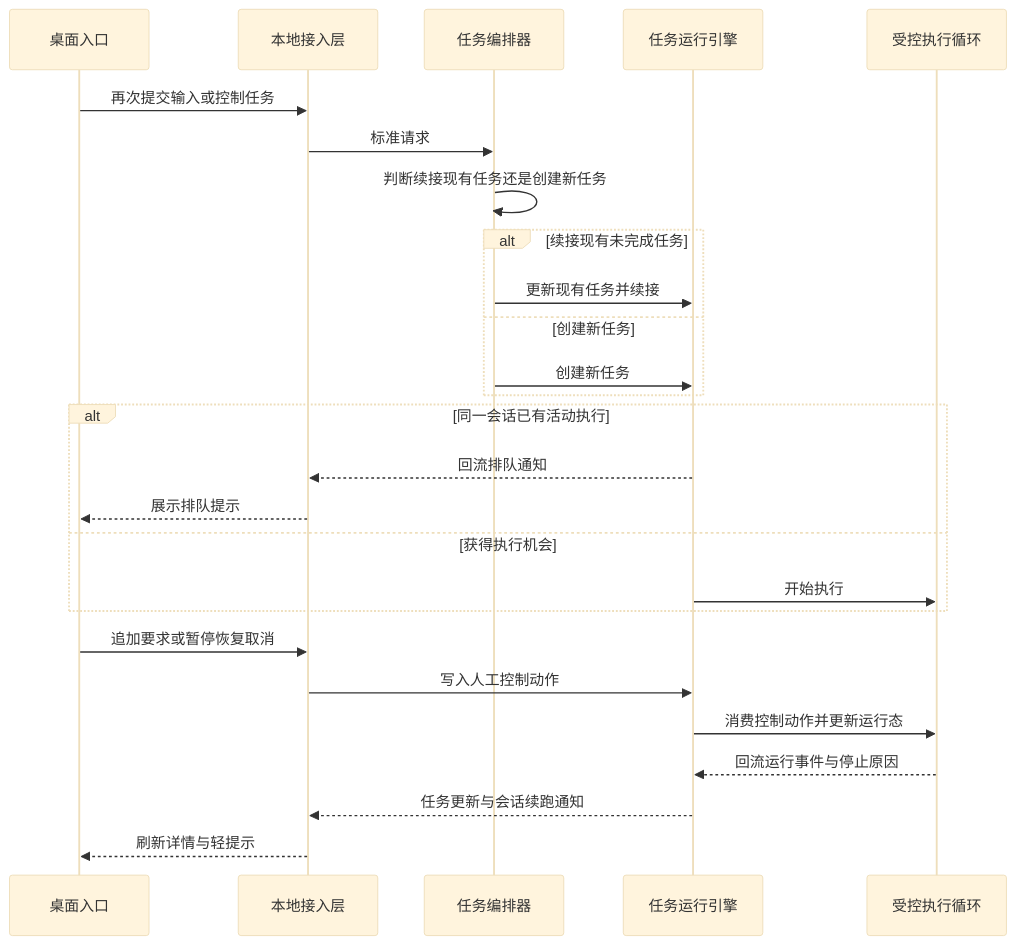
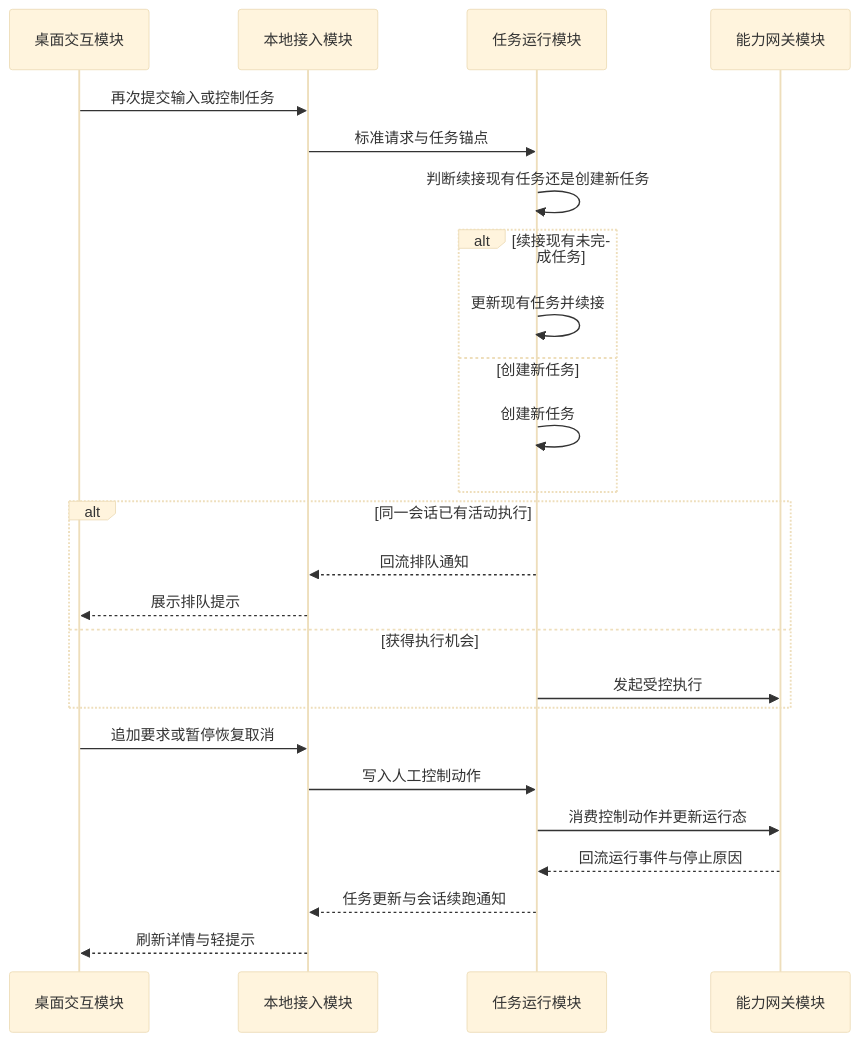
The fifth of 7 diagrams in docs/architecture-overview.md (1024XEngineer/CialloClaw), drawn with Mermaid (base theme) before and after one commit. The commit also changed other lines of this file, not shown here.

Commit message:
docs: update architecture overview module framing

````diff
--- a/docs/architecture-overview.md
+++ b/docs/architecture-overview.md
@@ -556,31 +669,30 @@
 ```mermaid
 sequenceDiagram
-    participant UI as 桌面入口
-    participant RPC as 本地接入层
-    participant OR as 任务编排器
-    participant RUN as 任务运行引擎
-    participant EXE as 受控执行循环
+    participant UI as 桌面交互模块
+    participant RPC as 本地接入模块
+    participant RUN as 任务运行模块
+    participant CAP as 能力网关模块
 
     UI->>RPC: 再次提交输入或控制任务
-    RPC->>OR: 标准请求
-    OR->>OR: 判断续接现有任务还是创建新任务
+    RPC->>RUN: 标准请求与任务锚点
+    RUN->>RUN: 判断续接现有任务还是创建新任务
     alt 续接现有未完成任务
-        OR->>RUN: 更新现有任务并续接
+        RUN->>RUN: 更新现有任务并续接
     else 创建新任务
-        OR->>RUN: 创建新任务
+        RUN->>RUN: 创建新任务
     end
 
     alt 同一会话已有活动执行
         RUN-->>RPC: 回流排队通知
         RPC-->>UI: 展示排队提示
     else 获得执行机会
-        RUN->>EXE: 开始执行
+        RUN->>CAP: 发起受控执行
     end
 
     UI->>RPC: 追加要求或暂停恢复取消
     RPC->>RUN: 写入人工控制动作
-    RUN->>EXE: 消费控制动作并更新运行态
-    EXE-->>RUN: 回流运行事件与停止原因
+    RUN->>CAP: 消费控制动作并更新运行态
+    CAP-->>RUN: 回流运行事件与停止原因
     RUN-->>RPC: 任务更新与会话续跑通知
     RPC-->>UI: 刷新详情与轻提示
 ```
````
